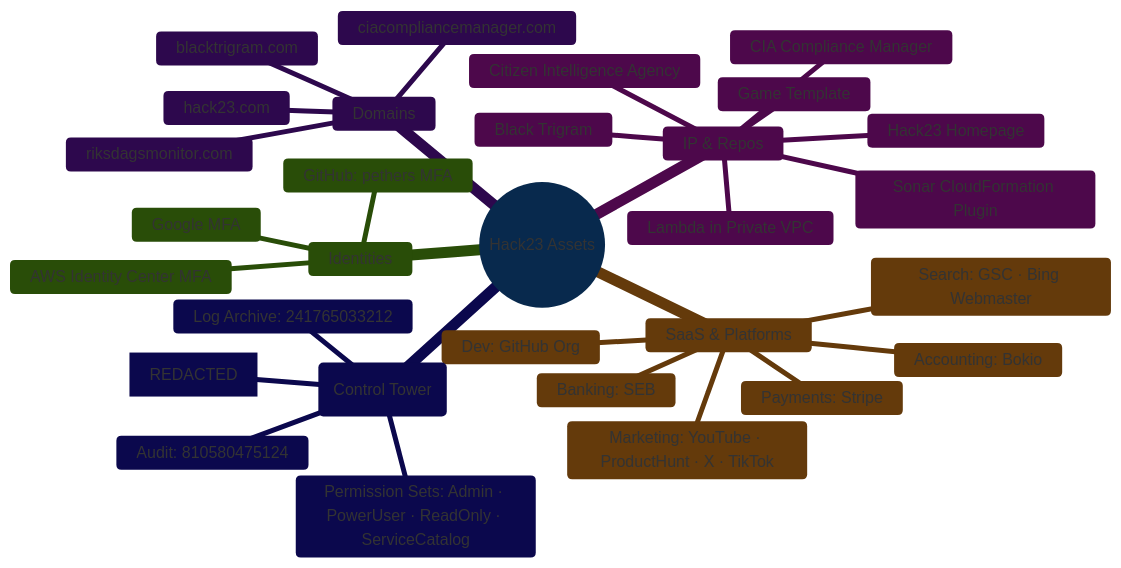
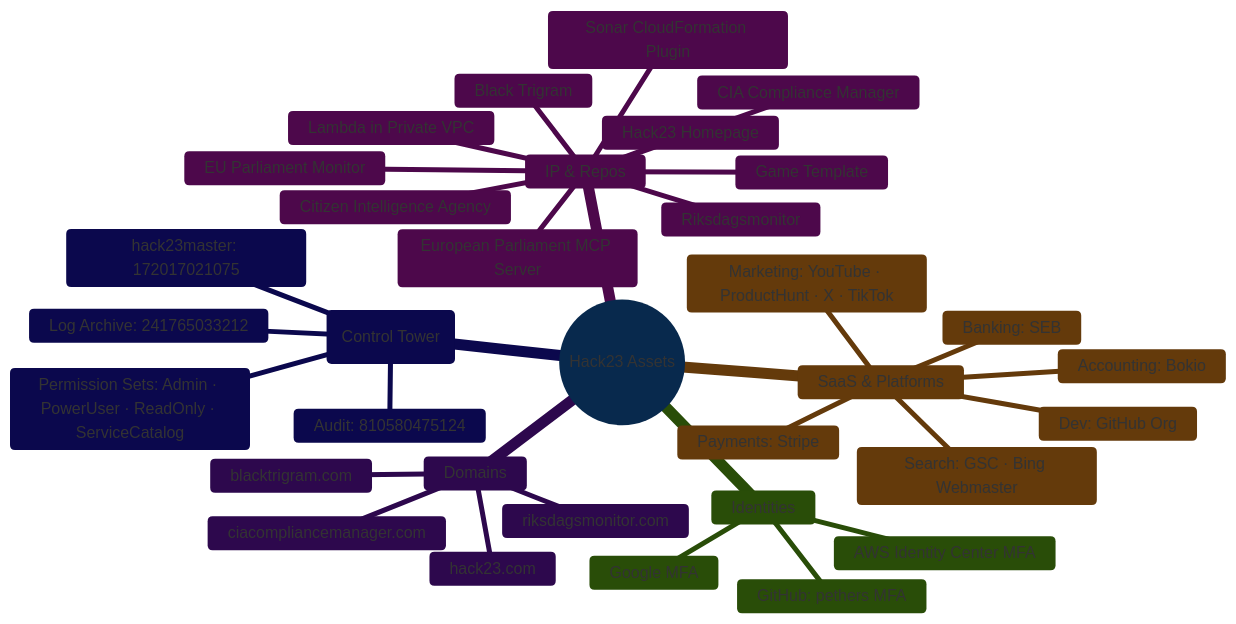
One commit to Hack23/ISMS-PUBLIC changed the first of 8 diagrams in Asset_Register.md. Above: the diagram before and after it, drawn with Mermaid. The commit also changed other lines of this file and 12 other files, not shown here.

Commit message:
Updated with more Assets for https://euparliamentmonitor.com/ and https://www.npmjs.com/package/european-parliament-mcp-server

````diff
--- a/Asset_Register.md
+++ b/Asset_Register.md
@@ -60,36 +53,39 @@
 ```mermaid
 %%{
   init: { 'theme': 'base', 'themeVariables': { 'primaryColor': '#1565C0', 'lineColor': '#1565C0' } }
 }%%
 mindmap
   root((Hack23 Assets))
     Identities
       Google MFA
       GitHub: pethers MFA
       AWS Identity Center MFA
     SaaS & Platforms
       Accounting: Bokio
       Banking: SEB
       Dev: GitHub Org
       Payments: Stripe
       Marketing: YouTube · ProductHunt · X · TikTok
       Search: GSC · Bing Webmaster
     AWS Org (Control Tower)
       Audit: 810580475124
       Log Archive: 241765033212
-      hack23master: [REDACTED]
+      hack23master: 172017021075
       Permission Sets: Admin · PowerUser · ReadOnly · ServiceCatalog
     Domains
       hack23.com
       blacktrigram.com
       ciacompliancemanager.com
       riksdagsmonitor.com
     IP & Repos
       Black Trigram
       CIA Compliance Manager
       Citizen Intelligence Agency
+      European Parliament MCP Server
+      EU Parliament Monitor
       Game Template
       Hack23 Homepage
       Lambda in Private VPC
+      Riksdagsmonitor
       Sonar CloudFormation Plugin
 ```
````
